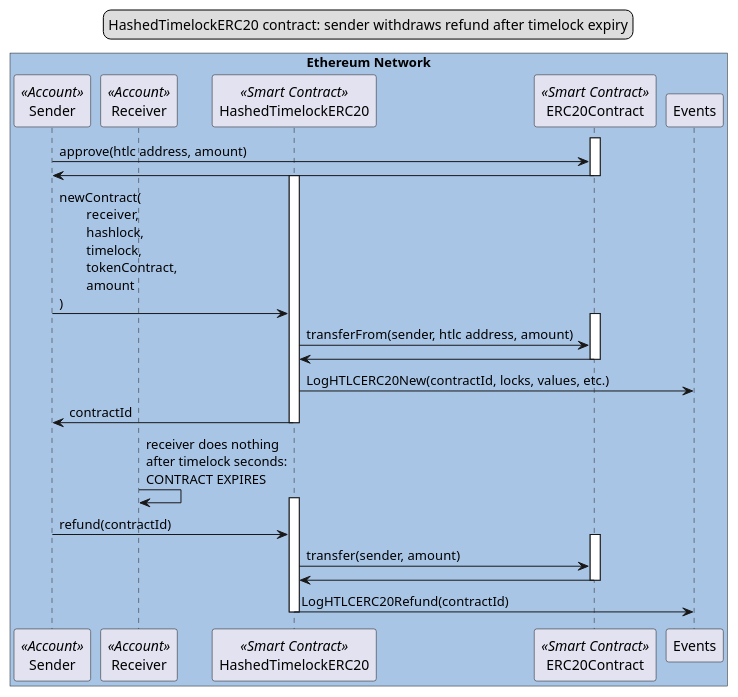
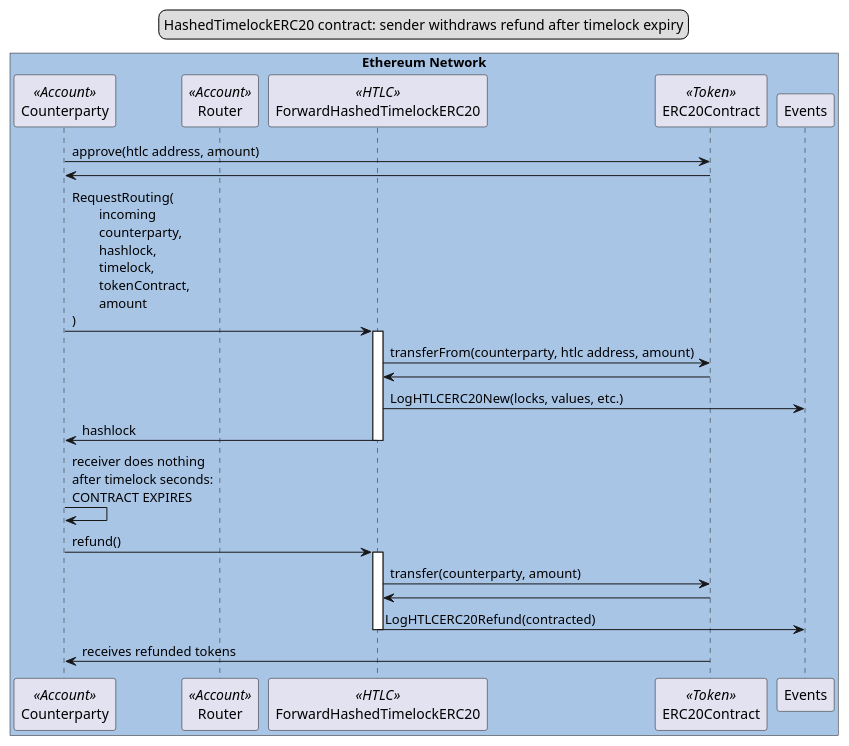
The diagram in docs/sequence-diagram-htlc-erc20-refund.plantuml (SatsBridge/awesome-htlc), drawn with PlantUML before and after one commit. The commit also changed 5 other files, not shown here.

Commit message:
docs/protocol diagrams updates

```diff
--- a/docs/sequence-diagram-htlc-erc20-refund.plantuml
+++ b/docs/sequence-diagram-htlc-erc20-refund.plantuml
@@ -1,42 +1,39 @@
 @startuml
 skinparam BoxPadding 20
 
 legend top
 HashedTimelockERC20 contract: sender withdraws refund after timelock expiry
 end legend
 
 box "Ethereum Network" #A9C5E6
-participant Sender as sender << Account >>
-participant Receiver as receiver << Account >>
-participant HashedTimelockERC20 as htlc << Smart Contract >>
-participant ERC20Contract as token << Smart Contract >>
+participant Counterparty as counterparty << Account >>
+participant Router as router << Account >>
+participant ForwardHashedTimelockERC20 as htlc << HTLC >>
+participant ERC20Contract as token << Token >>
 participant Events as events
 end box
 
-activate token
-  sender->token:approve(htlc address, amount)
-  token->sender
-deactivate token
+counterparty->token:approve(htlc address, amount)
+token->counterparty
+counterparty->htlc:RequestRouting(\n\tincoming\n\tcounterparty,\n\thashlock,\n\ttimelock,\n\ttokenContract,\n\tamount\n)
 
 activate htlc
-  sender->htlc:newContract(\n\treceiver,\n\thashlock,\n\ttimelock,\n\ttokenContract,\n\tamount\n)
-  activate token
-    htlc->token:transferFrom(sender, htlc address, amount)
-    token->htlc
-  deactivate token
-  htlc->events:LogHTLCERC20New(contractId, locks, values, etc.)
-  htlc->sender:contractId
+  htlc->token:transferFrom(counterparty, htlc address, amount)
+  token->htlc
+  htlc->events:LogHTLCERC20New(locks, values, etc.)
+  htlc->counterparty:hashlock
 deactivate htlc
 
-receiver->receiver:receiver does nothing\nafter timelock seconds:\nCONTRACT EXPIRES
+counterparty->counterparty:receiver does nothing\nafter timelock seconds:\nCONTRACT EXPIRES
+
+counterparty->htlc:refund()
 
 activate htlc
-  sender->htlc:refund(contractId)
-  activate token
-    htlc->token:transfer(sender, amount)
-    token->htlc
-  deactivate token
-  htlc->events:LogHTLCERC20Refund(contractId)
+  htlc->token:transfer(counterparty, amount)
+  token->htlc
+  htlc->events:LogHTLCERC20Refund(contracted)
 deactivate htlc
 
+token->counterparty:receives refunded tokens
+
 @enduml
```
